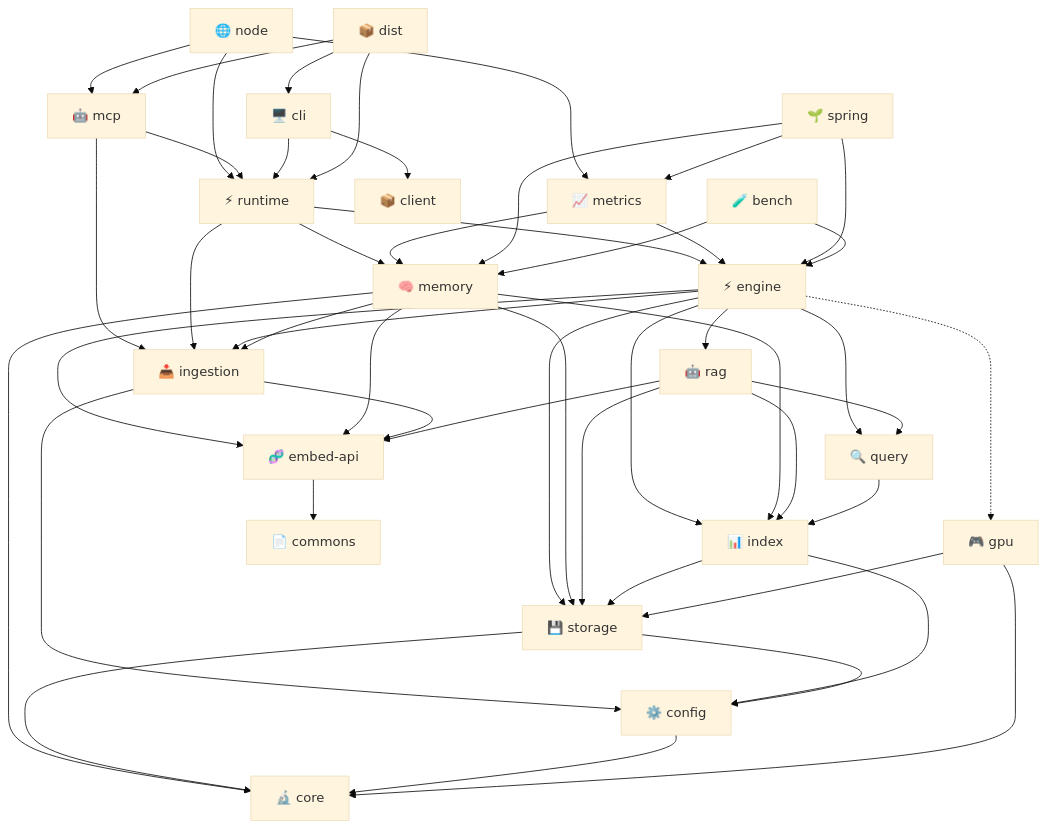
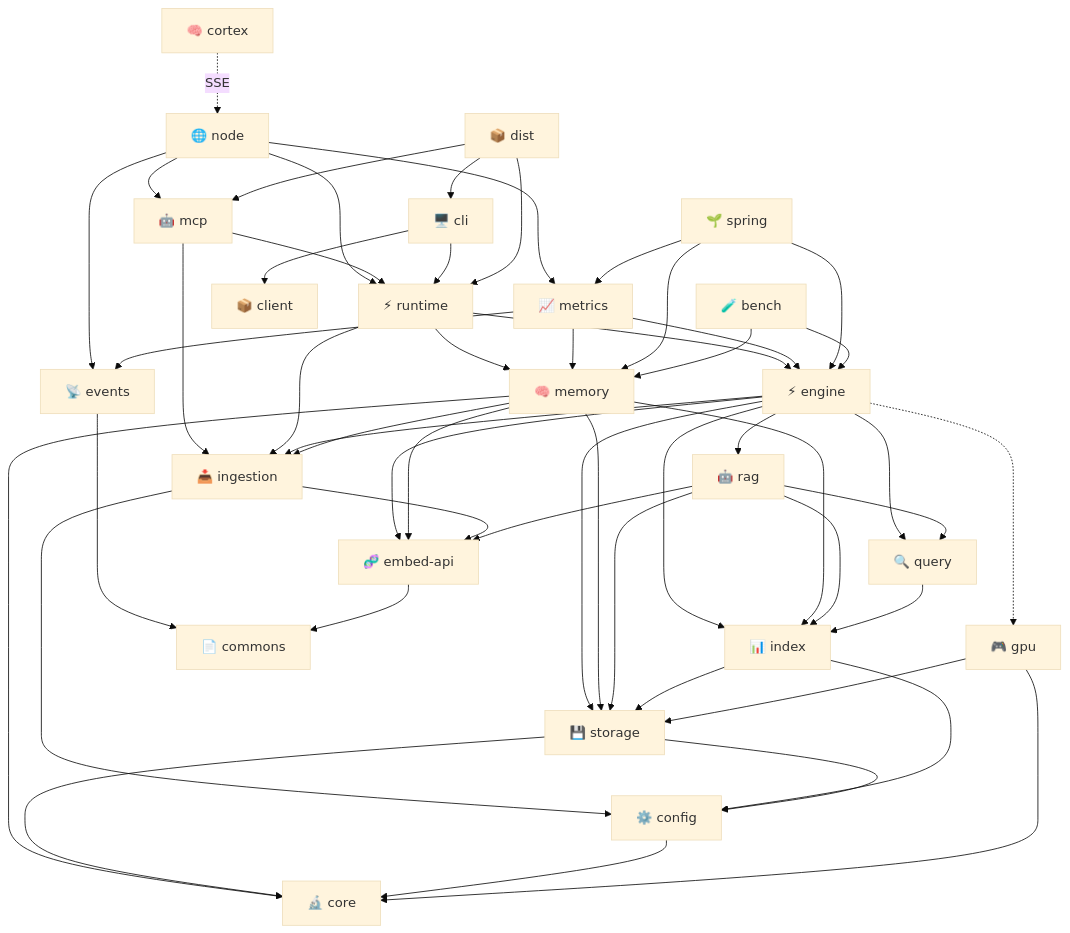
Before and after one commit to spectrayan/spector-search: the second of 3 diagrams in docs/docs/modules/index.md, drawn with Mermaid (base theme). The commit also changed other lines of this file and 9 other files, not shown here.

````diff
--- a/docs/docs/modules/index.md
+++ b/docs/docs/modules/index.md
@@ -53,60 +58,66 @@
 ```mermaid
 graph TD
     node["🌐 node"] --> runtime["⚡ runtime"]
     node --> mcp["🤖 mcp"]
     node --> metrics["📈 metrics"]
+    node --> events["📡 events"]
     mcp --> runtime
     mcp --> ingestion["📥 ingestion"]
     cli["🖥️ cli"] --> runtime
     cli --> client["📦 client"]
 
     runtime --> engine["⚡ engine"]
     runtime --> memory["🧠 memory"]
     runtime --> ingestion
 
     engine --> query["🔍 query"]
     engine --> rag["🤖 rag"]
     engine --> ingestion
     engine --> index["📊 index"]
     engine --> storage["💾 storage"]
     engine --> embedapi["🧬 embed-api"]
     engine -.-> gpu["🎮 gpu"]
 
     memory --> index
     memory --> storage
     memory --> ingestion
     memory --> embedapi
     memory --> core["🔬 core"]
 
     metrics --> engine
     metrics --> memory
+    metrics --> events
+
+    events --> commons["📄 commons"]
+
+    cortex["🧠 cortex"] -.->|SSE| node
 
     ingestion --> config["⚙️ config"]
     ingestion --> embedapi
 
     rag --> query
     rag --> index
     rag --> storage
     rag --> embedapi
 
     query --> index
     index --> storage
     index --> config
     storage --> config
     storage --> core
     config --> core
 
-    embedapi --> commons["📄 commons"]
+    embedapi --> commons
     gpu --> core
     gpu --> storage
 
     dist["📦 dist"] --> mcp
     dist --> cli
     dist --> runtime
 
     spring["🌱 spring"] --> engine
     spring --> memory
     spring --> metrics
     bench["🧪 bench"] --> engine
     bench --> memory
 ```
````
